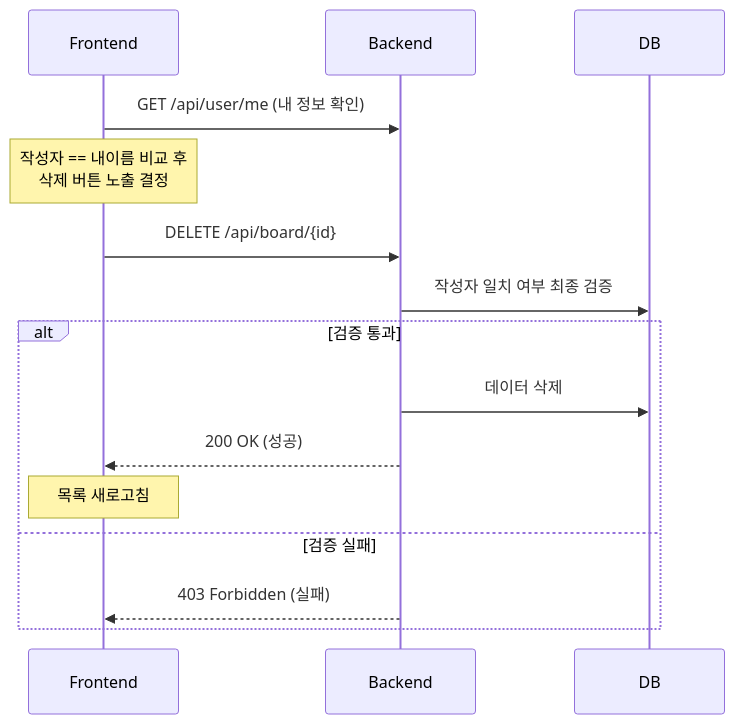
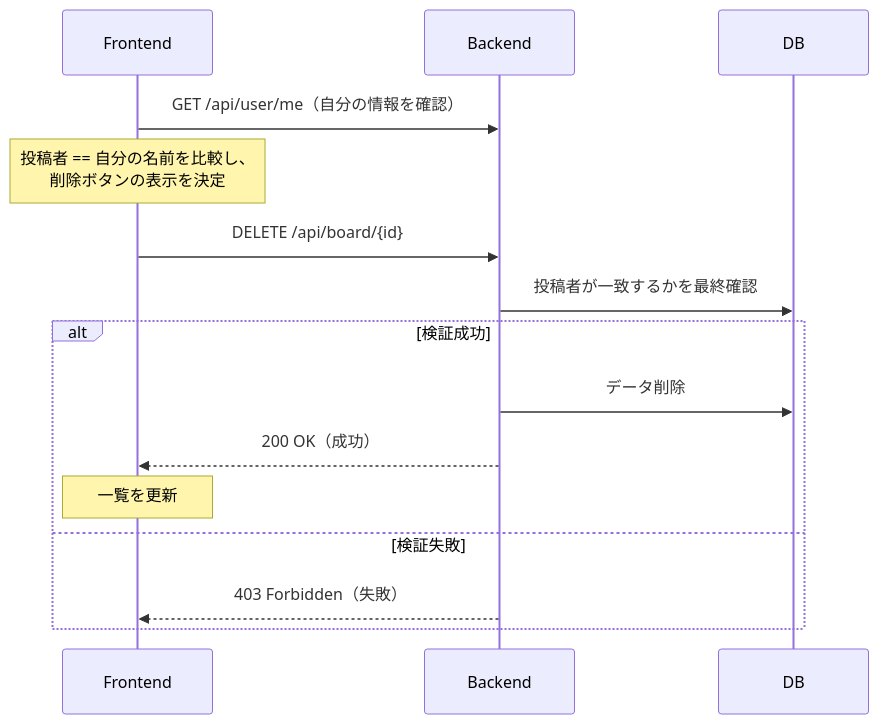
Before and after one commit to You-HyunHo/ani-frontend: the fifth of 10 diagrams in README_img/SEQUENCE.md, drawn with Mermaid. The commit also changed other lines of this file, not shown here.

````diff
--- a/README_img/SEQUENCE.md
+++ b/README_img/SEQUENCE.md
@@ -75,22 +75,22 @@
 ```mermaid
 sequenceDiagram
     participant FE as Frontend
     participant BE as Backend
     participant DB 
 
-    %% 1. 권한 준비 (버튼 노출 제어)
-    FE->>BE: GET /api/user/me (내 정보 확인)
-    Note over FE: 작성자 == 내이름 비교 후<br/>삭제 버튼 노출 결정
+    %% 1. 権限準備（ボタン表示制御）
+    FE->>BE: GET /api/user/me（自分の情報を確認）
+    Note over FE: 投稿者 == 自分の名前を比較し、<br/>削除ボタンの表示を決定
 
-    %% 2. 삭제 실행
+    %% 2. 削除実行
     FE->>BE: DELETE /api/board/{id}
-    BE->>DB: 작성자 일치 여부 최종 검증
+    BE->>DB: 投稿者が一致するかを最終確認
     
-    alt 검증 통과
-        BE->>DB: 데이터 삭제
-        BE-->>FE: 200 OK (성공)
-        Note over FE: 목록 새로고침
-    else 검증 실패
-        BE-->>FE: 403 Forbidden (실패)
+    alt 検証成功
+        BE->>DB: データ削除
+        BE-->>FE: 200 OK（成功）
+        Note over FE: 一覧を更新
+    else 検証失敗
+        BE-->>FE: 403 Forbidden（失敗）
     end
 ```
````
